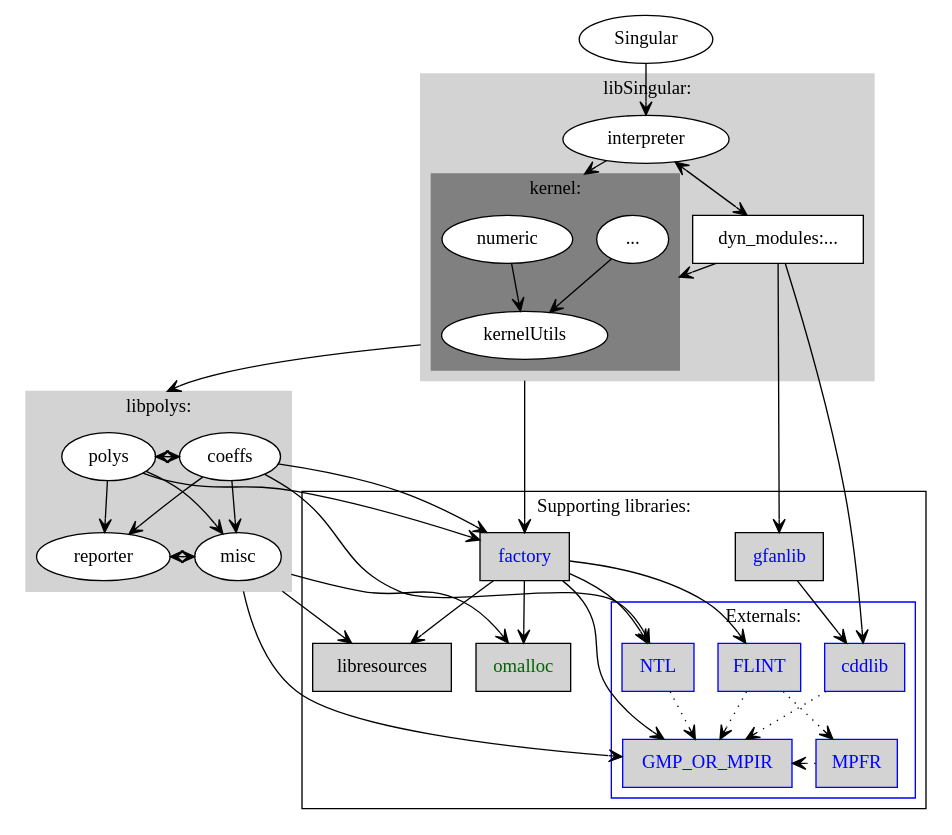
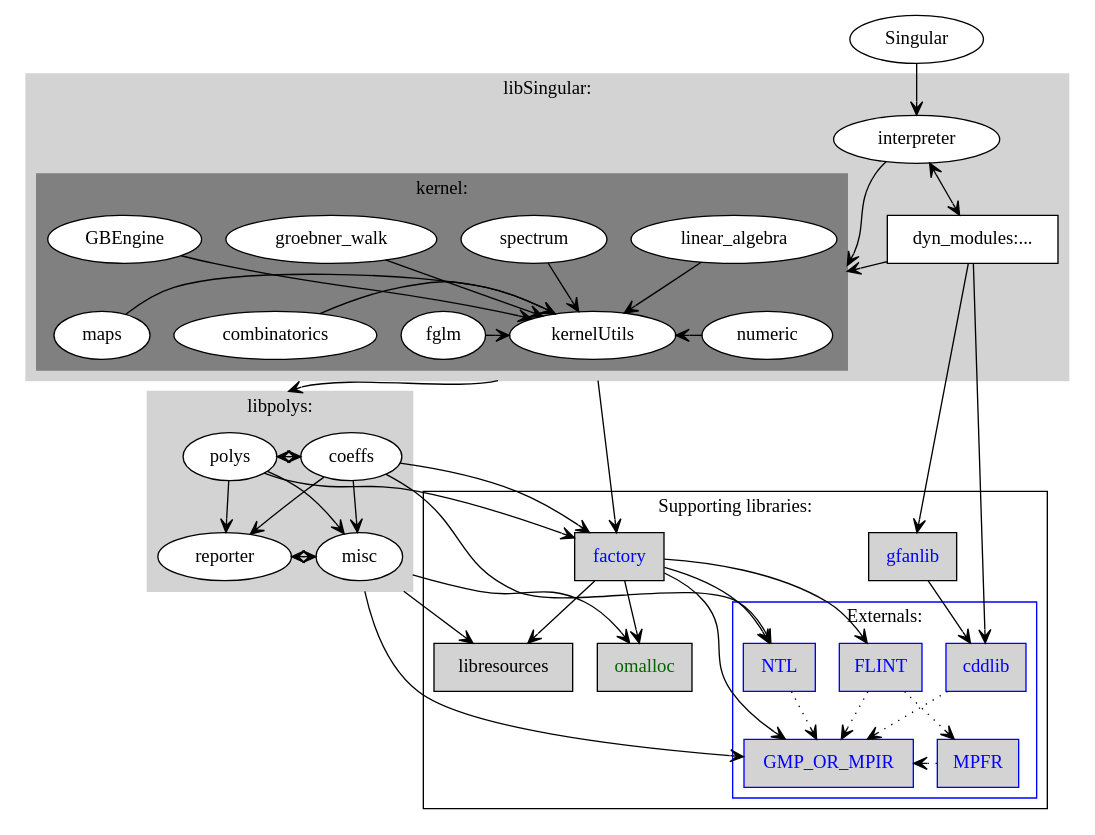
Before and after one commit to Singular/Singular: the diagram in Includes.dot, drawn with Graphviz.

Commit message:
Updated the package diagramm for /kernel/

```diff
--- a/Includes.dot
+++ b/Includes.dot
@@ -1,98 +1,104 @@
 digraph IncludesInSingular4
 {
   compound=true;
   edge [ arrowhead=open ];
   graph [ 
 //    rankdir=TB; 
   ];
   pack = 0 ;
   packMode = "graph" ;
   subgraph "clusterlibpolys"
   {
       label="libpolys:";
       color = lightgray;
       style = filled;
       node [ fillcolor = white, style = filled, color = black, fontcolor=black];
       { rank=same;  misc ; reporter ; };
       { rank=same; coeffs ; polys };
   } ;
   subgraph "clusterlibSingular"
   {
         rank="max" ;
         label="libSingular:";
         color = lightgray;
         style = filled;
         node [ fillcolor = white, style = filled, color = black, fontcolor=black];
         interpreter [] ;
 	"dyn_modules:..." [shape=box] ;
 	  subgraph "clusterMath"
 	  {
 	          rank="min" ;
 		  label="kernel:";
 		  color = gray;
 //        	  style = filled;
   		  node [ fillcolor = white, style = filled, color = black, fontcolor=black];
-                  kernelUtils;
-		  { rank=same; "..."; numeric; } ;
-	  }
+		  { rank=same; fglm; numeric; maps; kernelUtils; combinatorics; };
+		  { rank=same; linear_algebra; spectrum; groebner_walk; GBEngine;};
+         }
   } ;
   subgraph "clusterinternals"
   {
     label="Supporting libraries:";
     { rank=same; 
       omalloc [ fillcolor=lightgrey, fontcolor=darkgreen, style=filled, color = black, shape=box ] ;
       libresources [ fillcolor=lightgrey, style=filled, color = black, shape=box ]  ;
     } ;
-    { rank=same; 
+    { rank=same;
       gfanlib [ fillcolor=lightgrey, fontcolor=blue, style=filled, color = black, shape=box ] ;
       factory [ fillcolor=lightgrey, fontcolor=blue, style=filled, color = black, shape=box ] ;
     } ;
    subgraph "clusterexternals"
    {
     rank="min" ;
     node [ color=blue, fillcolor=lightgrey, fontcolor=blue, style=filled, shape=box ];
     label="Externals:";
     color=blue;
     { rank=same; GMP_OR_MPIR []; MPFR [] ; } ;
     { rank=same; NTL ; FLINT ; cddlib ;   };
    } ;
   } ;  
   NTL -> GMP_OR_MPIR [style = "dotted"];
   FLINT -> GMP_OR_MPIR [style = "dotted"];
   cddlib -> GMP_OR_MPIR [style = "dotted"];
   FLINT -> MPFR [style = "dotted"];
 MPFR -> GMP_OR_MPIR [style = "dotted"];
 factory -> FLINT [];
   factory -> GMP_OR_MPIR [];
   factory -> NTL [];
   factory -> omalloc;
   factory -> libresources;
   Singular -> interpreter [];
   interpreter -> numeric [lhead="clusterMath"];
 //  interpreter -> "..." [lhead="clusterMath"];
   interpreter -> "dyn_modules:..." [dir=both, arrowtail="open", arrowhead="open"];
   "dyn_modules:..." -> kernelUtils [lhead="clusterMath"];
   "dyn_modules:..." -> gfanlib [];
   "dyn_modules:..." -> cddlib [];
   gfanlib -> cddlib [];
   kernelUtils -> polys [ltail="clusterlibSingular", lhead="clusterlibpolys"];
   kernelUtils -> factory [ltail="clusterlibSingular"];
+  combinatorics -> kernelUtils [];
+  fglm -> kernelUtils [];
+  GBEngine -> kernelUtils [];
+  groebner_walk -> kernelUtils [];
+  linear_algebra -> kernelUtils [];
+  maps -> kernelUtils [];
   numeric -> kernelUtils [];
-  "..." -> kernelUtils [];
+  spectrum -> kernelUtils [];
   polys -> coeffs [dir=both, arrowtail="open", arrowhead="open"] ;
   polys -> misc;
   polys -> reporter;
   polys -> factory [];
   reporter -> misc [dir=both, arrowtail="open", arrowhead="open"] ;
   coeffs -> NTL [];
   coeffs -> factory [];
   coeffs -> misc;
   coeffs -> reporter;
   misc -> libresources [ltail="clusterlibpolys"];
   misc -> omalloc [ltail="clusterlibpolys"];
   misc -> GMP_OR_MPIR [ltail="clusterlibpolys"];
 }
 // dot -Tpng -o singular.png singular.dot
 // boxed = third party
 // filled = external
 // blue = math
```
